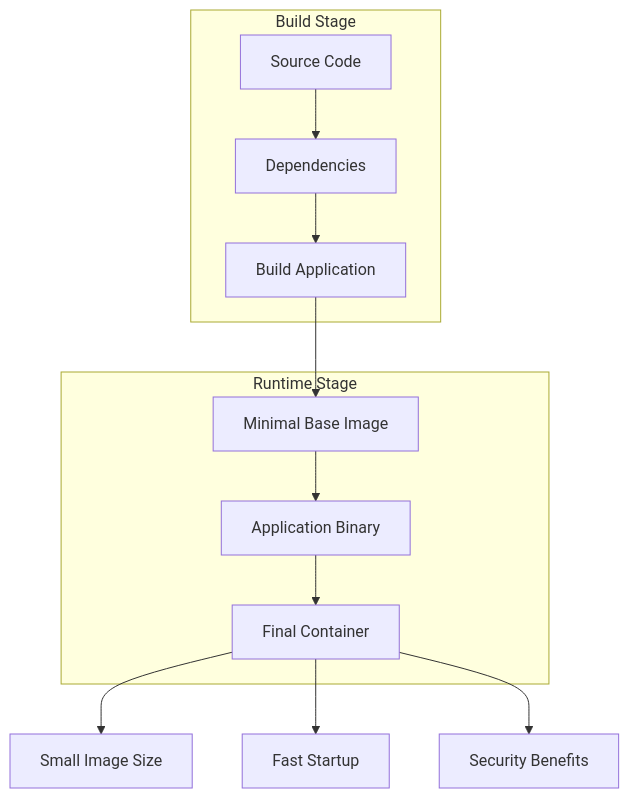
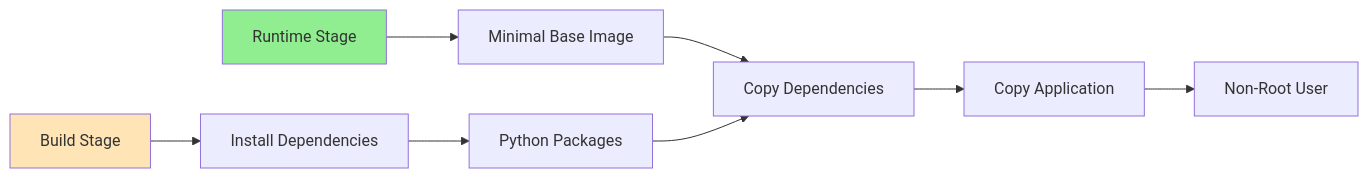
The fourth of 9 diagrams in docs/projects/conduit-container.md (4gh0rn/dev-blog), drawn with Mermaid before and after one commit. The commit also changed other lines of this file and 17 other files, not shown here.

````diff
--- a/docs/projects/conduit-container.md
+++ b/docs/projects/conduit-container.md
@@ -128,17 +140,15 @@
 ```mermaid
-graph TB
-    subgraph "Build Stage"
-        A[Source Code] --> B[Dependencies]
-        B --> C[Build Application]
-    end
+graph LR
+    A[Build Stage] --> A1[Install Dependencies]
+    A1 --> A2[Python Packages]
     
-    subgraph "Runtime Stage"
-        C --> D[Minimal Base Image]
-        D --> E[Application Binary]
-        E --> F[Final Container]
-    end
+    B[Runtime Stage] --> B1[Minimal Base Image]
+    B1 --> B2[Copy Dependencies]
+    B2 --> B3[Copy Application]
+    B3 --> B4[Non-Root User]
     
-    F --> G[Small Image Size]
-    F --> H[Fast Startup]
-    F --> I[Security Benefits]
+    A2 --> B2
+    
+    style A fill:#FFE4B5
+    style B fill:#90EE90
 ```
````
